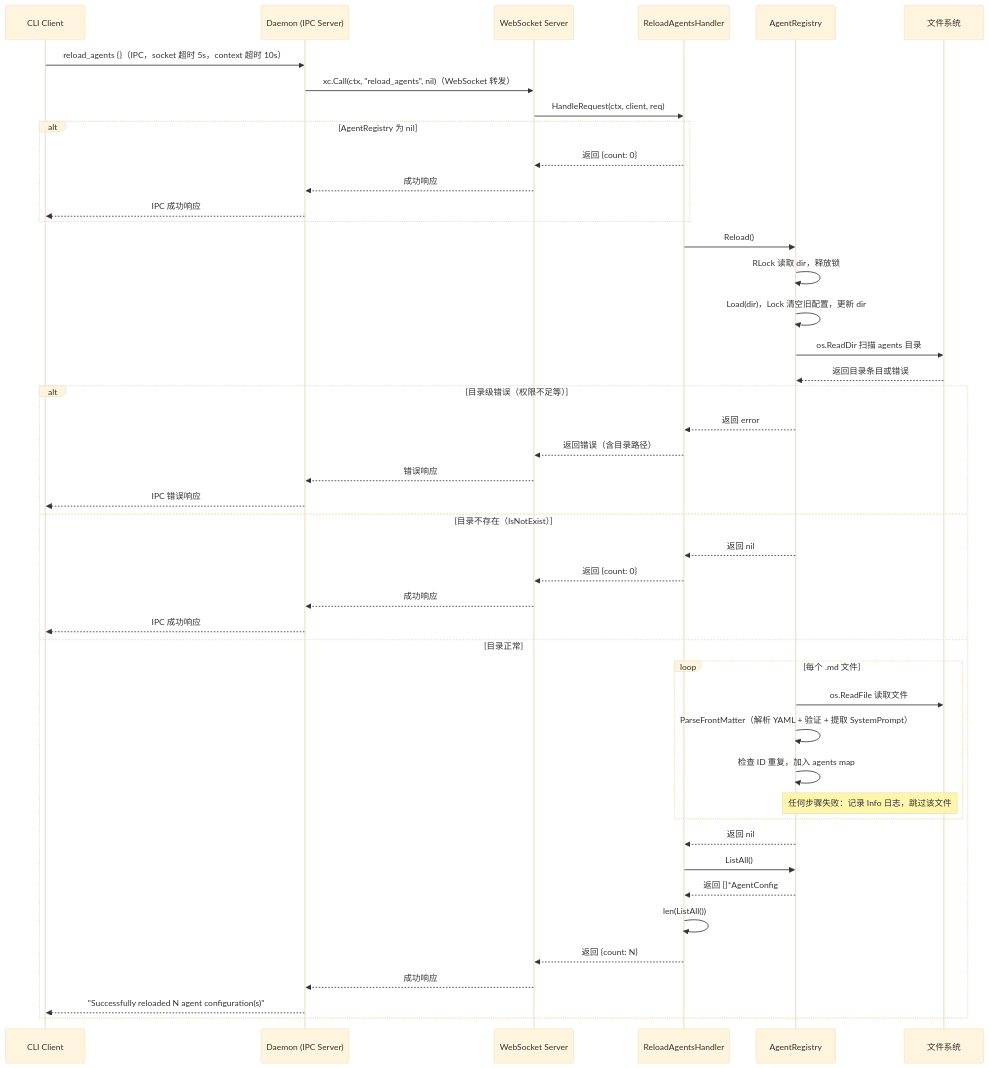
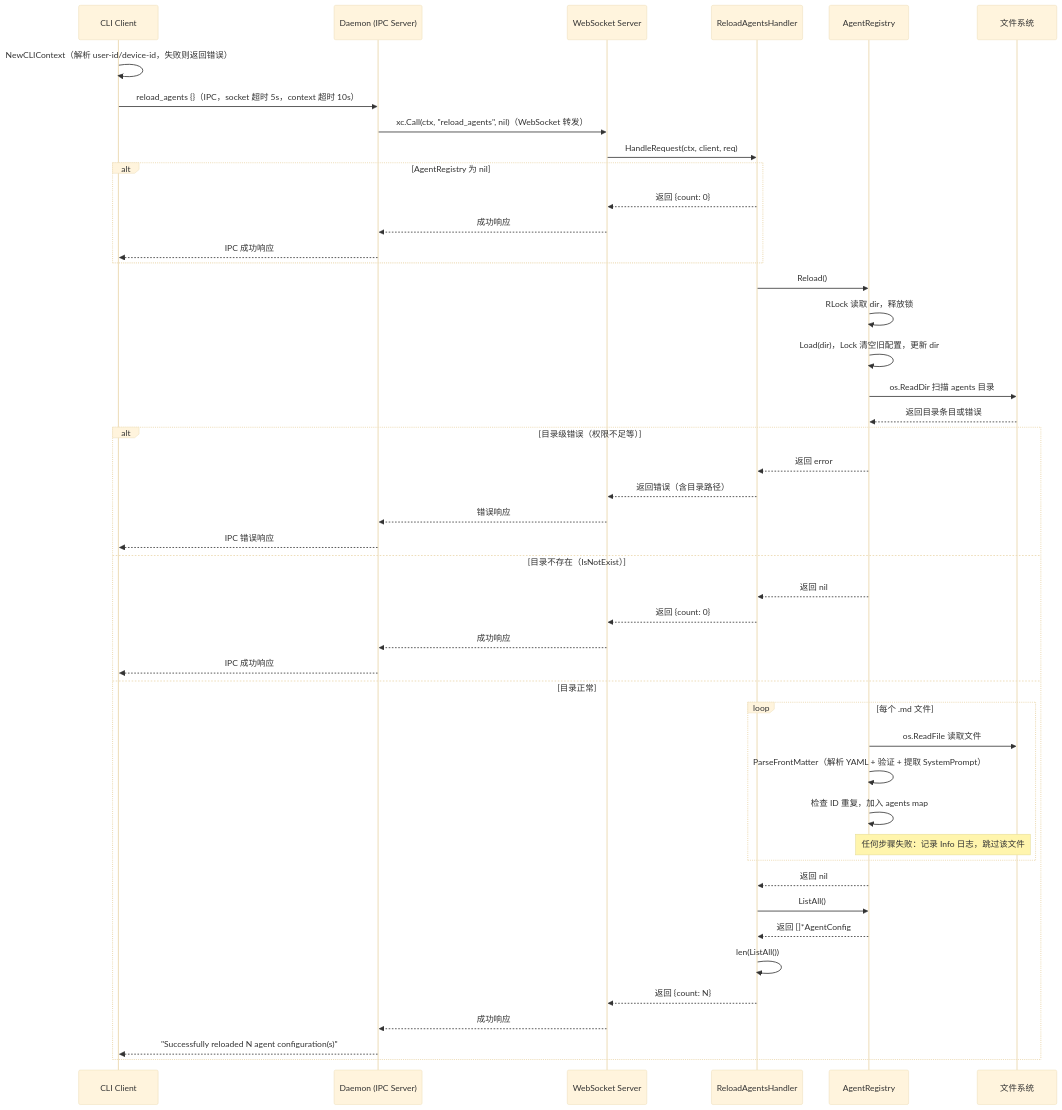
The first of 6 diagrams in wiki/flows/reload-agents.md (PineappleBond/xyncra-server), drawn with Mermaid (base theme) before and after one commit. The commit also changed other lines of this file and 22 other files, not shown here.

````diff
--- a/wiki/flows/reload-agents.md
+++ b/wiki/flows/reload-agents.md
@@ -40,51 +40,52 @@
 ```mermaid
 sequenceDiagram
     participant C as CLI Client
     participant D as Daemon (IPC Server)
     participant WS as WebSocket Server
     participant H as ReloadAgentsHandler
     participant R as AgentRegistry
     participant FS as 文件系统
 
+    C->>C: NewCLIContext（解析 user-id/device-id，失败则返回错误）
     C->>D: reload_agents {}（IPC，socket 超时 5s，context 超时 10s）
     D->>WS: xc.Call(ctx, "reload_agents", nil)（WebSocket 转发）
     WS->>H: HandleRequest(ctx, client, req)
 
     alt AgentRegistry 为 nil
         H-->>WS: 返回 {count: 0}
         WS-->>D: 成功响应
         D-->>C: IPC 成功响应
     end
 
     H->>R: Reload()
     R->>R: RLock 读取 dir，释放锁
     R->>R: Load(dir)，Lock 清空旧配置，更新 dir
     R->>FS: os.ReadDir 扫描 agents 目录
     FS-->>R: 返回目录条目或错误
 
     alt 目录级错误（权限不足等）
         R-->>H: 返回 error
         H-->>WS: 返回错误（含目录路径）
         WS-->>D: 错误响应
         D-->>C: IPC 错误响应
     else 目录不存在（IsNotExist）
         R-->>H: 返回 nil
         H-->>WS: 返回 {count: 0}
         WS-->>D: 成功响应
         D-->>C: IPC 成功响应
     else 目录正常
         loop 每个 .md 文件
             R->>FS: os.ReadFile 读取文件
             R->>R: ParseFrontMatter（解析 YAML + 验证 + 提取 SystemPrompt）
             R->>R: 检查 ID 重复，加入 agents map
             Note over R,FS: 任何步骤失败：记录 Info 日志，跳过该文件
         end
         R-->>H: 返回 nil
         H->>R: ListAll()
         R-->>H: 返回 []*AgentConfig
         H->>H: len(ListAll())
         H-->>WS: 返回 {count: N}
         WS-->>D: 成功响应
         D-->>C: "Successfully reloaded N agent configuration(s)"
     end
 ```
````
